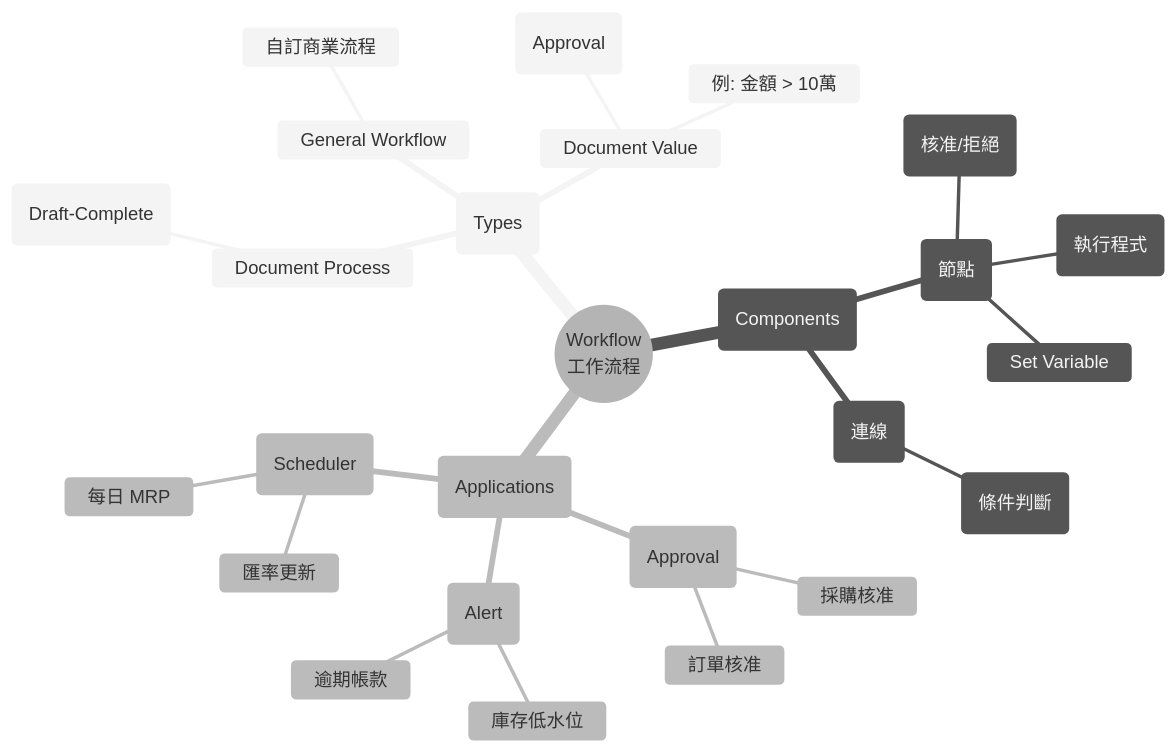
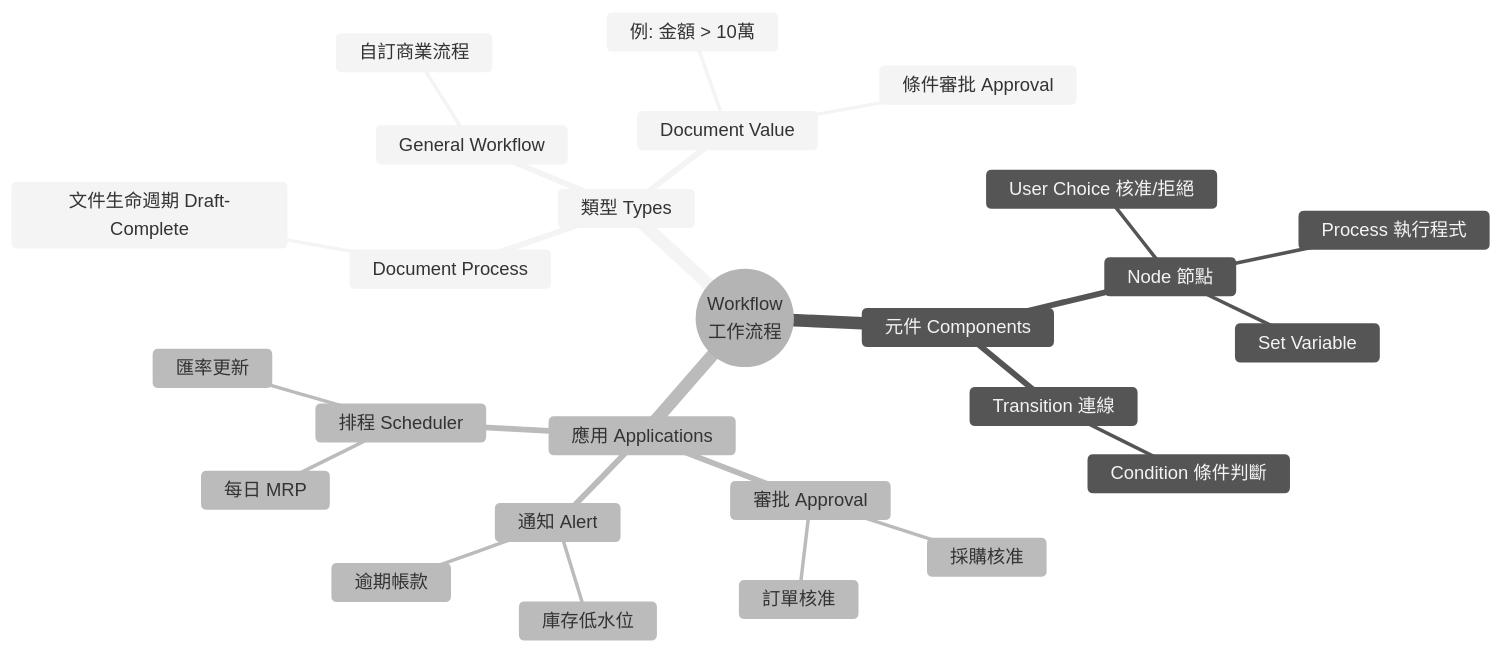
One commit to nczz/claw_notes changed diagram 12 of 15 in iDempiere_Notes.md. Above: the diagram before and after it, drawn with Mermaid (neutral theme). The commit also changed other lines of this file, not shown here.

Commit message:
Fix mermaid syntax error: remove parentheses in node text

````diff
--- a/iDempiere_Notes.md
+++ b/iDempiere_Notes.md
@@ -822,29 +822,29 @@
 ```mermaid
 mindmap
   root((Workflow<br/>工作流程))
-    類型 (Types)
+    類型 Types
       Document Process
-        文件生命週期 (Draft-Complete)
+        文件生命週期 Draft-Complete
       Document Value
-        條件審批 (Approval)
+        條件審批 Approval
         例: 金額 > 10萬
       General Workflow
         自訂商業流程
-    元件 (Components)
-      Node (節點)
-        User Choice (核准/拒絕)
-        Process (執行程式)
+    元件 Components
+      Node 節點
+        User Choice 核准/拒絕
+        Process 執行程式
         Set Variable
-      Transition (連線)
-        Condition (條件判斷)
-    應用 (Applications)
-      審批 (Approval)
+      Transition 連線
+        Condition 條件判斷
+    應用 Applications
+      審批 Approval
         採購核准
         訂單核准
-      通知 (Alert)
+      通知 Alert
         庫存低水位
         逾期帳款
-      排程 (Scheduler)
+      排程 Scheduler
         每日 MRP
         匯率更新
 ```
````
